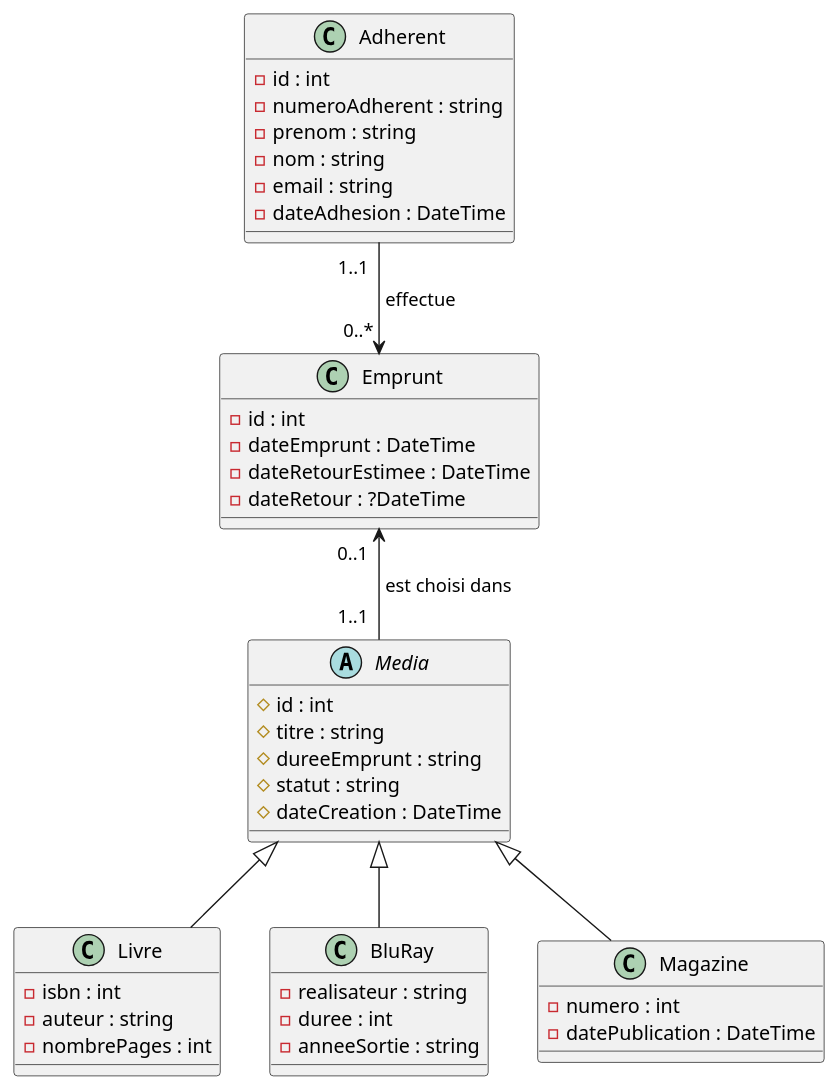
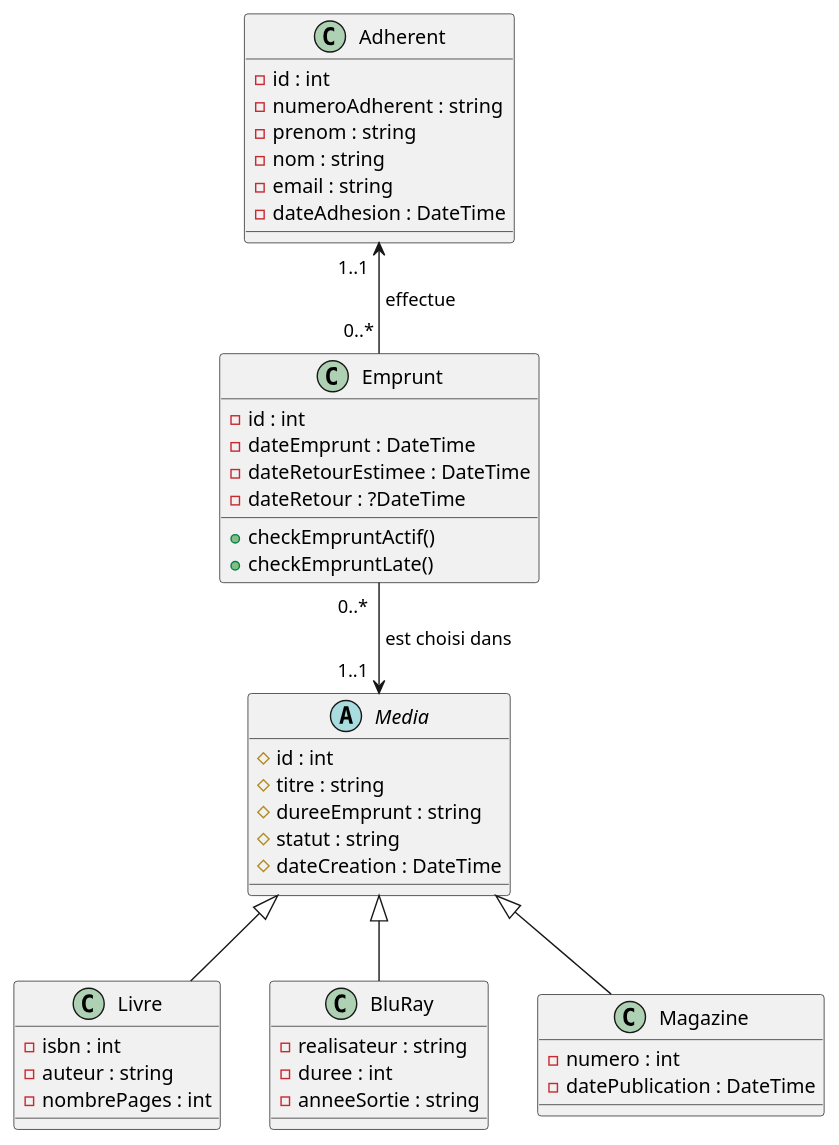
The diagram in documentation/Diagramme_de_classes.puml (nathanpierret/projet-bibliotheque), drawn with PlantUML before and after one commit. The commit also changed 12 other files, not shown here.

```diff
--- a/documentation/Diagramme_de_classes.puml
+++ b/documentation/Diagramme_de_classes.puml
@@ -1,50 +1,52 @@
 @startuml
 'https://plantuml.com/class-diagram
 
 abstract class Media {
 #id : int
 #titre : string
 #dureeEmprunt : string
 #statut : string
 #dateCreation : DateTime
 }
 
 class Livre {
 -isbn : int
 -auteur : string
 -nombrePages : int
 }
 
 class BluRay {
 -realisateur : string
 -duree : int
 -anneeSortie : string
 }
 
 class Magazine {
 -numero : int
 -datePublication : DateTime
 }
 
 class Adherent {
 -id : int
 -numeroAdherent : string
 -prenom : string
 -nom : string
 -email : string
 -dateAdhesion : DateTime
 }
 
 class Emprunt {
 -id : int
 -dateEmprunt : DateTime
 -dateRetourEstimee : DateTime
 -dateRetour : ?DateTime
++checkEmpruntActif()
++checkEmpruntLate()
 }
 
 Media <|-- Livre
 Media <|-- Magazine
 Media <|-- BluRay
-Adherent "1..1  " --> "0..* " Emprunt : " effectue"
-Emprunt "0..1  " <-- "1..1  " Media : " est choisi dans"
+Adherent "1..1  " <-- "0..* " Emprunt : " effectue"
+Emprunt "0..*  " --> "1..1  " Media : " est choisi dans"
 @enduml
```
